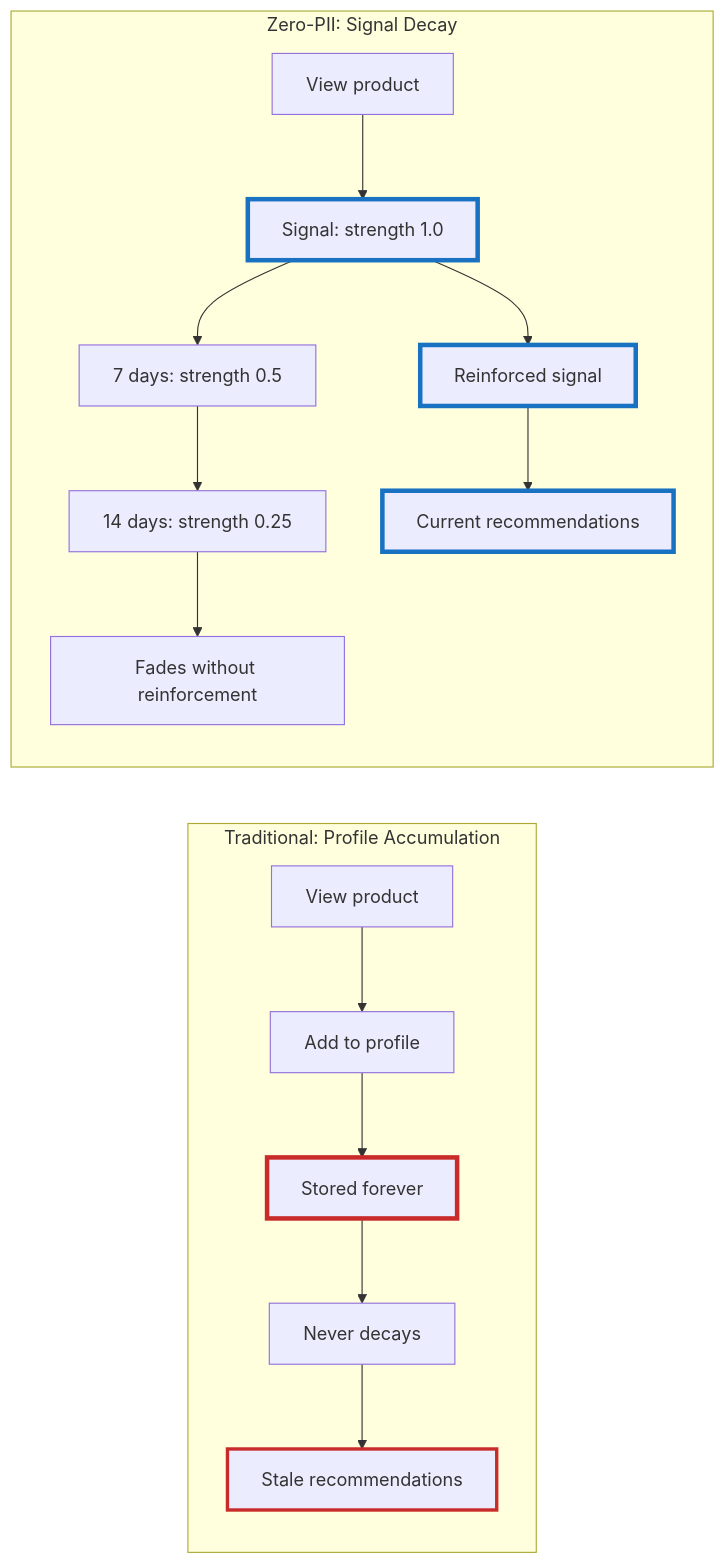
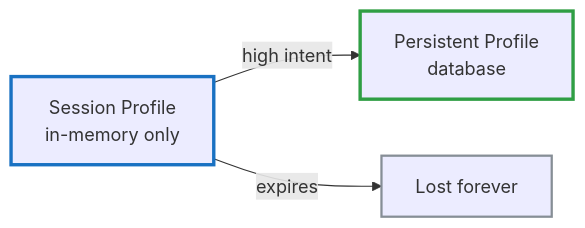
Before and after one commit to Shaddix/mostlylucidweb: the fourth of 4 diagrams in Mostlylucid/Markdown/zero-pii-customer-intelligence-part1.md, drawn with Mermaid. The commit also changed other lines of this file and 29 other files, not shown here.

````diff
--- a/Mostlylucid/Markdown/zero-pii-customer-intelligence-part1.md
+++ b/Mostlylucid/Markdown/zero-pii-customer-intelligence-part1.md
@@ -629,24 +407,9 @@
 ```mermaid
-graph LR
-    subgraph Traditional["Traditional: Profile Accumulation"]
-        T1[View product] --> T2[Add to profile]
-        T2 --> T3[Stored forever]
-        T3 --> T4[Never decays]
-        T4 --> T5[Stale recommendations]
-    end
+flowchart LR
+    Session[Session Profile<br/>in-memory only] -->|high intent| Persistent[Persistent Profile<br/>database]
+    Session -->|expires| Gone[Lost forever]
     
-    subgraph ZeroPII["Zero-PII: Signal Decay"]
-        Z1[View product] --> Z2[Signal: strength 1.0]
-        Z2 --> Z3[7 days: strength 0.5]
-        Z3 --> Z4[14 days: strength 0.25]
-        Z4 --> Z5[Fades without reinforcement]
-        Z2 --> Z6[Reinforced signal]
-        Z6 --> Z7[Current recommendations]
-    end
-    
-    style T3 stroke:#c92a2a,stroke-width:4px
-    style T5 stroke:#c92a2a,stroke-width:3px
-    style Z2 stroke:#1971c2,stroke-width:4px
-    style Z6 stroke:#1971c2,stroke-width:4px
-    style Z7 stroke:#1971c2,stroke-width:4px
+    style Session stroke:#1971c2,stroke-width:3px
+    style Persistent stroke:#2f9e44,stroke-width:3px
+    style Gone stroke:#868e96,stroke-width:2px
 ```
````
